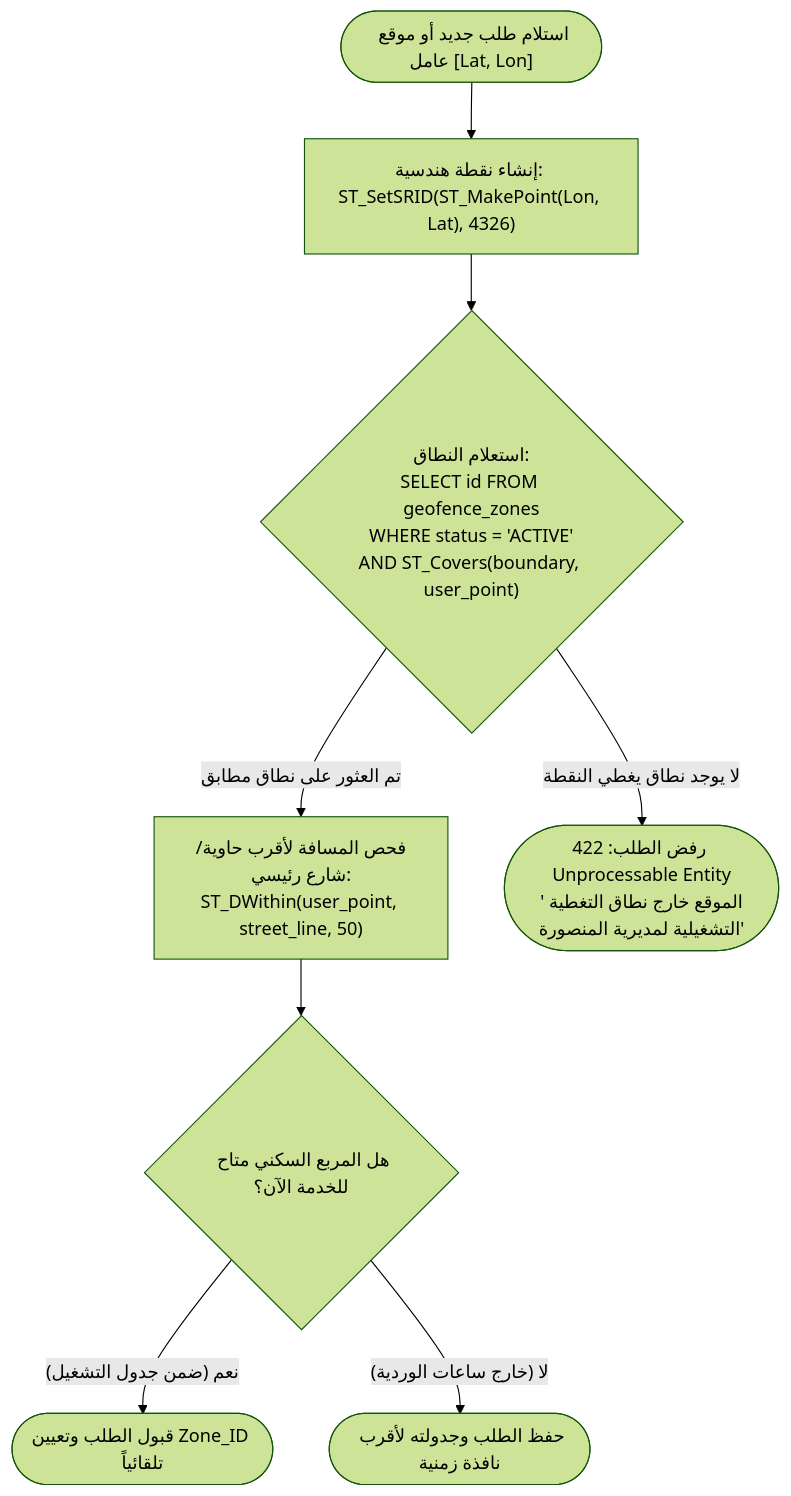
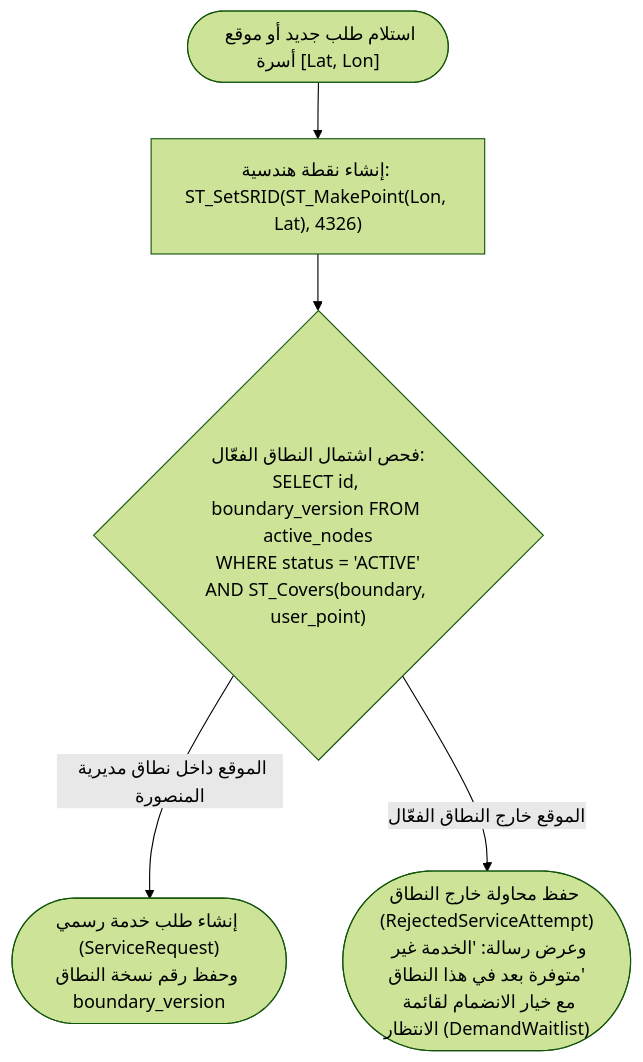
The first of 3 diagrams in docs/03-flows-and-logic/business-logic.md (A-S-Y/Athar), drawn with Mermaid (forest theme) before and after one commit. The commit also changed other lines of this file and 9 other files, not shown here.

````diff
--- a/docs/03-flows-and-logic/business-logic.md
+++ b/docs/03-flows-and-logic/business-logic.md
@@ -12,13 +12,9 @@
 ```mermaid
 flowchart TD
-    Start(["استلام طلب جديد أو موقع عامل [Lat, Lon]"]) --> BuildPoint["إنشاء نقطة هندسية: ST_SetSRID(ST_MakePoint(Lon, Lat), 4326)"]
-    BuildPoint --> QueryZone{"استعلام النطاق:<br/>SELECT id FROM geofence_zones<br/>WHERE status = 'ACTIVE'<br/>AND ST_Covers(boundary, user_point)"}
+    Start(["استلام طلب جديد أو موقع أسرة [Lat, Lon]"]) --> BuildPoint["إنشاء نقطة هندسية: ST_SetSRID(ST_MakePoint(Lon, Lat), 4326)"]
+    BuildPoint --> QueryZone{"فحص اشتمال النطاق الفعّال:<br/>SELECT id, boundary_version FROM active_nodes<br/>WHERE status = 'ACTIVE'<br/>AND ST_Covers(boundary, user_point)"}
     
-    QueryZone -- "تم العثور على نطاق مطابق" --> CheckBuffer["فحص المسافة لأقرب حاوية/شارع رئيسي:<br/>ST_DWithin(user_point, street_line, 50)"]
-    CheckBuffer --> ValidateService{"هل المربع السكني متاح للخدمة الآن؟"}
+    QueryZone -- "الموقع داخل نطاق مديرية المنصورة" --> Accept(["إنشاء طلب خدمة رسمي (ServiceRequest)<br/>وحفظ رقم نسخة النطاق boundary_version"])
     
-    ValidateService -- "نعم (ضمن جدول التشغيل)" --> Success(["قبول الطلب وتعيين Zone_ID تلقائياً"])
-    ValidateService -- "لا (خارج ساعات الوردية)" --> Defer(["حفظ الطلب وجدولته لأقرب نافذة زمنية"])
-    
-    QueryZone -- "لا يوجد نطاق يغطي النقطة" --> Reject(["رفض الطلب: 422 Unprocessable Entity<br/>'الموقع خارج نطاق التغطية التشغيلية لمديرية المنصورة'"])
+    QueryZone -- "الموقع خارج النطاق الفعّال" --> Reject(["حفظ محاولة خارج النطاق (RejectedServiceAttempt)<br/>وعرض رسالة: 'الخدمة غير متوفرة بعد في هذا النطاق'<br/>مع خيار الانضمام لقائمة الانتظار (DemandWaitlist)"])
 ```
````
